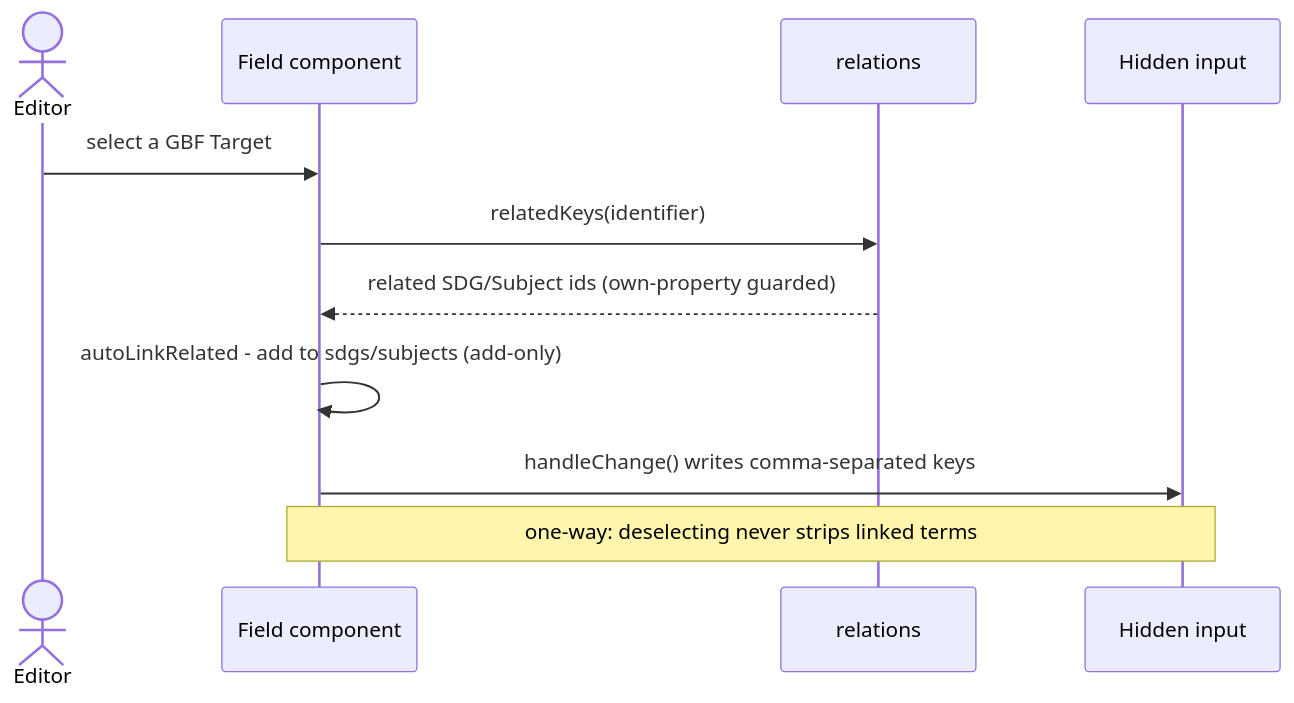
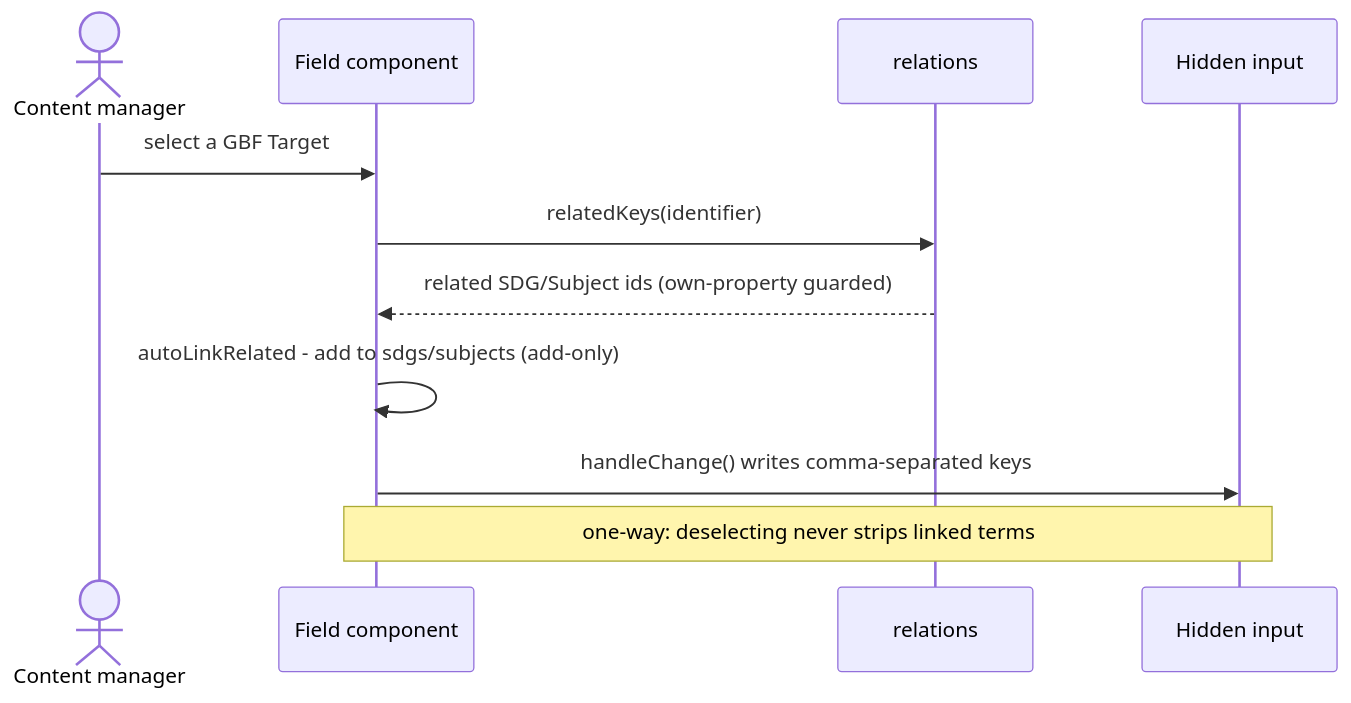
One commit to scbd/drupal-module-scbd-field-js changed the fifth of 8 diagrams in docs/architectural-plan.md. Above: the diagram before and after it, drawn with Mermaid. The commit also changed other lines of this file and 3 other files, not shown here.

````diff
--- a/docs/architectural-plan.md
+++ b/docs/architectural-plan.md
@@ -254,13 +254,13 @@
 ```mermaid
 sequenceDiagram
-  actor Editor
+  actor Editor as Content manager
   participant C as Field component
   participant R as relations
   participant Input as Hidden input
   Editor->>C: select a GBF Target
   C->>R: relatedKeys(identifier)
   R-->>C: related SDG/Subject ids (own-property guarded)
   C->>C: autoLinkRelated - add to sdgs/subjects (add-only)
   C->>Input: handleChange() writes comma-separated keys
   Note over C,Input: one-way: deselecting never strips linked terms
 ```
````
